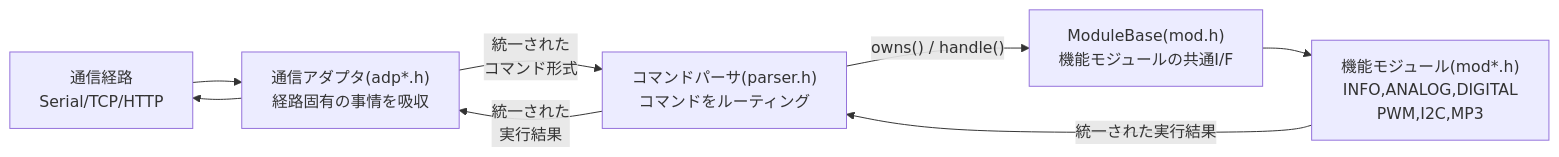
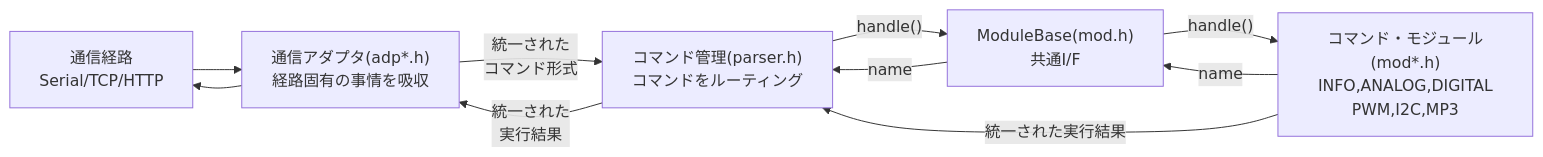
Before and after one commit to kureha001/MMP: the second of 4 diagrams in ファームウェア/ファームウェア/mmp/doc/README.MD, drawn with Mermaid. The commit also changed other lines of this file and 16 other files, not shown here.

````diff
--- a/ファームウェア/ファームウェア/mmp/doc/README.MD
+++ b/ファームウェア/ファームウェア/mmp/doc/README.MD
@@ -98,17 +104,19 @@
 ```mermaid
 flowchart LR
     A["通信経路<br/>Serial/TCP/HTTP"] 
     B["通信アダプタ(adp*.h)<br/>経路固有の事情を吸収"]
-    C["コマンドパーサ(parser.h)<br/>コマンドをルーティング"]
-    D["ModuleBase(mod.h)<br/>機能モジュールの共通I/F"]
-    E["機能モジュール(mod*.h)<br/>INFO,ANALOG,DIGITAL<br/>PWM,I2C,MP3"]
+    C["コマンド管理(parser.h)<br/>コマンドをルーティング"]
+    D["ModuleBase(mod.h)<br/>共通I/F"]
+    E["コマンド・モジュール(mod*.h)<br/>INFO,ANALOG,DIGITAL<br/>PWM,I2C,MP3"]
 
     A --> B
     B -->|"統一された<br/>コマンド形式"| C
-    C -->|"owns() / handle()"| D
-    D --> E
+    D -->|"name"| C
+    C -->|"handle()"| D
+    E -->|"name"| D
+    D -->|"handle()"| E
 
     E -->|"統一された実行結果"| C
     C -->|"統一された<br/>実行結果"| B
     B --> A
 ```
````
